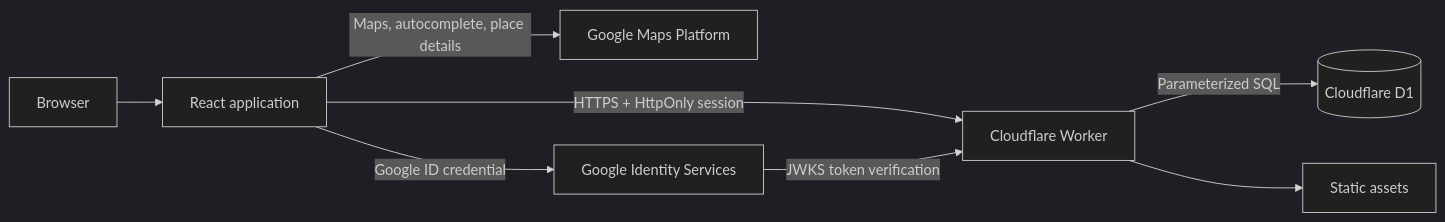
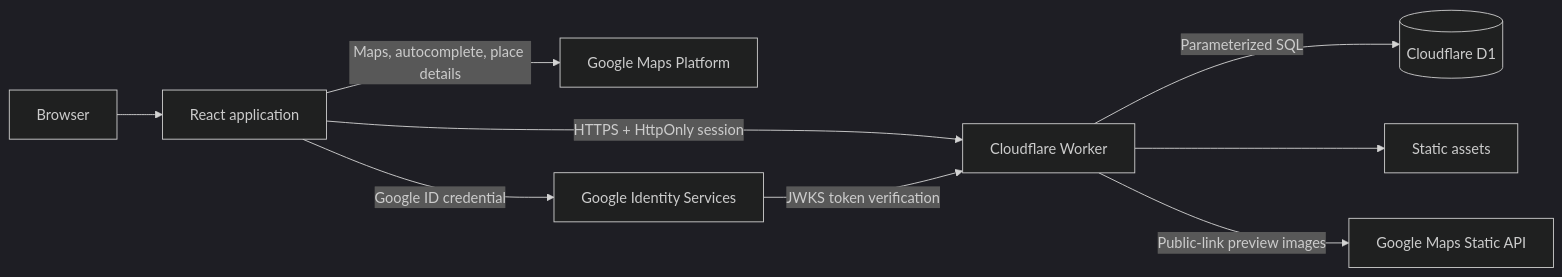
Before and after one commit to futureshape/own-maps: the diagram in README.md, drawn with Mermaid (dark theme). The commit also changed other lines of this file and 9 other files, not shown here.

First line of the commit message:
Add support for public map previews and static map generation

````diff
--- a/README.md
+++ b/README.md
@@ -7,10 +7,11 @@
 ```mermaid
 flowchart LR
     U["Browser"] --> R["React application"]
     R -->|"Maps, autocomplete, place details"| G["Google Maps Platform"]
     R -->|"Google ID credential"| I["Google Identity Services"]
     R -->|"HTTPS + HttpOnly session"| W["Cloudflare Worker"]
     I -->|"JWKS token verification"| W
     W -->|"Parameterized SQL"| D[("Cloudflare D1")]
     W --> A["Static assets"]
+    W -->|"Public-link preview images"| S["Google Maps Static API"]
 ```
````
